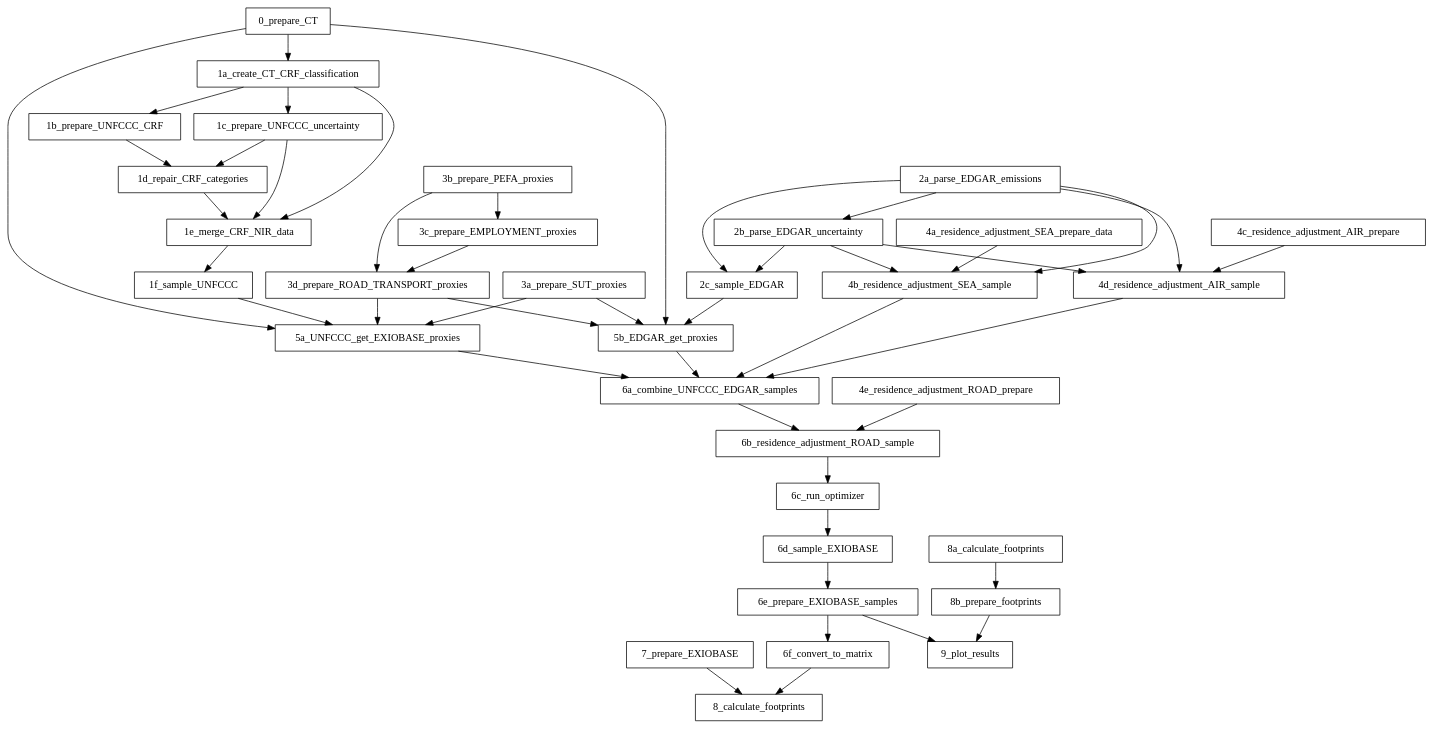
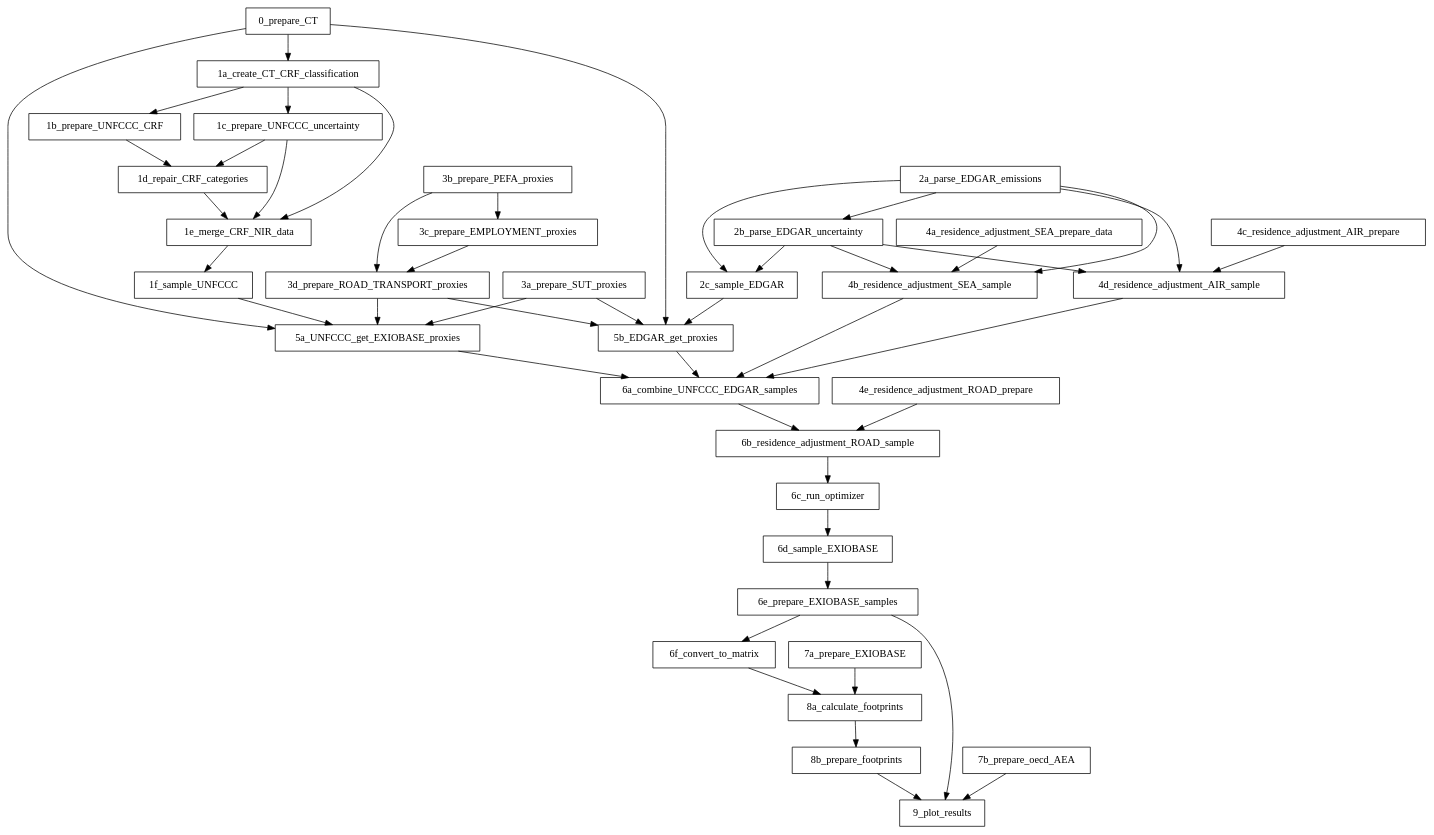
One commit to simschul/uncertainty_GHG_accounts changed the diagram in README.Rmd. Above: the diagram before and after it, drawn with Graphviz. The commit also changed 22 other files, not shown here.

Commit message:
fixed error in readme diagram

````diff
--- a/README.Rmd
+++ b/README.Rmd
@@ -76,61 +76,61 @@
 ```{dot echo=FALSE}
 digraph G {
   graph[rankdir = TD]
   node[shape=box]
   edge[]
   "0_prepare_CT" -> "1a_create_CT_CRF_classification"
   
   "1a_create_CT_CRF_classification" -> "1b_prepare_UNFCCC_CRF"
   "1a_create_CT_CRF_classification" -> "1c_prepare_UNFCCC_uncertainty"
   "1b_prepare_UNFCCC_CRF" -> "1d_repair_CRF_categories"
   "1c_prepare_UNFCCC_uncertainty" -> "1d_repair_CRF_categories"
   "1d_repair_CRF_categories" -> "1e_merge_CRF_NIR_data"
   "1c_prepare_UNFCCC_uncertainty" -> "1e_merge_CRF_NIR_data"
   "1a_create_CT_CRF_classification" -> "1e_merge_CRF_NIR_data"
   "1e_merge_CRF_NIR_data" -> "1f_sample_UNFCCC"
   "2a_parse_EDGAR_emissions" -> "2b_parse_EDGAR_uncertainty"
   "2a_parse_EDGAR_emissions" -> "2c_sample_EDGAR"
   "2b_parse_EDGAR_uncertainty" -> "2c_sample_EDGAR"
   "3b_prepare_PEFA_proxies" -> "3c_prepare_EMPLOYMENT_proxies"
   "3c_prepare_EMPLOYMENT_proxies" -> "3d_prepare_ROAD_TRANSPORT_proxies"
   "3b_prepare_PEFA_proxies" -> "3d_prepare_ROAD_TRANSPORT_proxies"
   
   
   "3a_prepare_SUT_proxies" -> "5a_UNFCCC_get_EXIOBASE_proxies" 
   "0_prepare_CT" -> "5a_UNFCCC_get_EXIOBASE_proxies"
   "3d_prepare_ROAD_TRANSPORT_proxies" -> "5a_UNFCCC_get_EXIOBASE_proxies" 
   "1f_sample_UNFCCC" -> "5a_UNFCCC_get_EXIOBASE_proxies"
   "2c_sample_EDGAR" -> "5b_EDGAR_get_proxies"
   "0_prepare_CT" -> "5b_EDGAR_get_proxies"
   "3a_prepare_SUT_proxies" -> "5b_EDGAR_get_proxies"
   "3d_prepare_ROAD_TRANSPORT_proxies" -> "5b_EDGAR_get_proxies"
   "5b_EDGAR_get_proxies" -> "6a_combine_UNFCCC_EDGAR_samples"
   "5a_UNFCCC_get_EXIOBASE_proxies" -> "6a_combine_UNFCCC_EDGAR_samples"
   
   
   "4a_residence_adjustment_SEA_prepare_data" -> "4b_residence_adjustment_SEA_sample"
   "2a_parse_EDGAR_emissions" -> "4b_residence_adjustment_SEA_sample"
   "2b_parse_EDGAR_uncertainty" -> "4b_residence_adjustment_SEA_sample"
   "4b_residence_adjustment_SEA_sample" -> "6a_combine_UNFCCC_EDGAR_samples"
   
   "4c_residence_adjustment_AIR_prepare" -> "4d_residence_adjustment_AIR_sample"
   "2a_parse_EDGAR_emissions" -> "4d_residence_adjustment_AIR_sample"
   "2b_parse_EDGAR_uncertainty" -> "4d_residence_adjustment_AIR_sample"
   "4d_residence_adjustment_AIR_sample" -> "6a_combine_UNFCCC_EDGAR_samples"
   
   "4e_residence_adjustment_ROAD_prepare" -> "6b_residence_adjustment_ROAD_sample"
   "6a_combine_UNFCCC_EDGAR_samples" -> "6b_residence_adjustment_ROAD_sample"
   
   "6b_residence_adjustment_ROAD_sample" -> "6c_run_optimizer"
   "6c_run_optimizer" -> "6d_sample_EXIOBASE"
   "6d_sample_EXIOBASE" -> "6e_prepare_EXIOBASE_samples"
   "6e_prepare_EXIOBASE_samples" -> "6f_convert_to_matrix"
-  "7_prepare_EXIOBASE" -> "8_calculate_footprints"
+  "7a_prepare_EXIOBASE" -> "8a_calculate_footprints"
   
-  "6f_convert_to_matrix" -> "8_calculate_footprints"
+  "6f_convert_to_matrix" -> "8a_calculate_footprints"
   "6e_prepare_EXIOBASE_samples" -> "9_plot_results"
   "8a_calculate_footprints" -> "8b_prepare_footprints"
   "8b_prepare_footprints" -> "9_plot_results"
-  
+  "7b_prepare_oecd_AEA" -> "9_plot_results"
 } 
 ```
````
